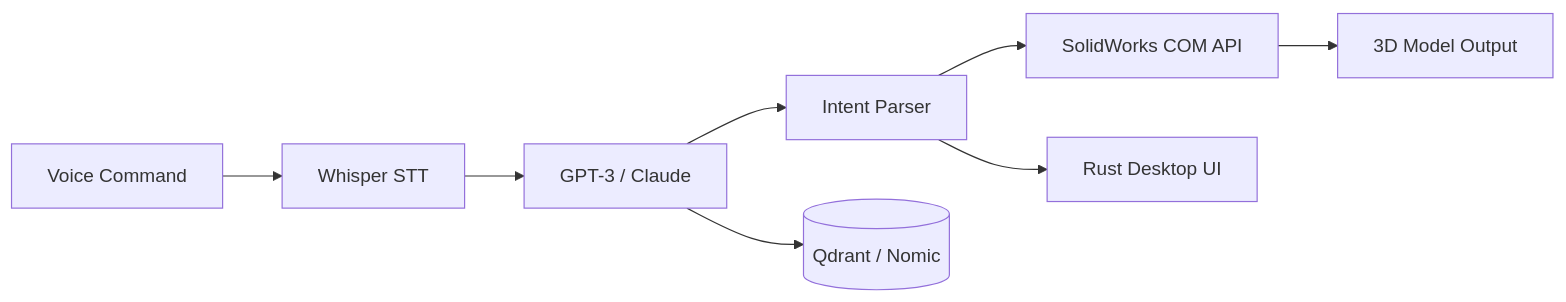
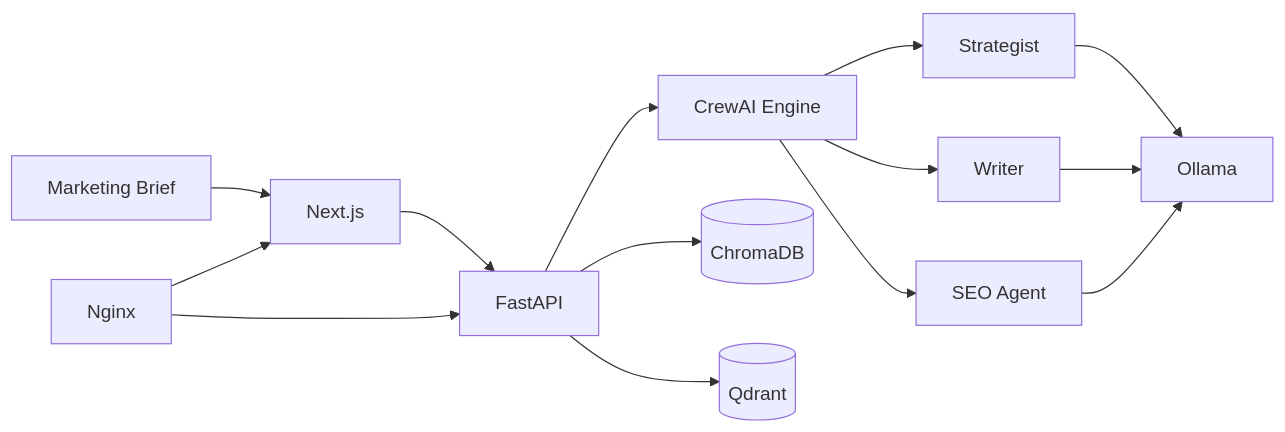
Before and after one commit to dawarazhar11/dawarazhar11: the fourth of 7 diagrams in README.md, drawn with Mermaid. The commit also changed other lines of this file, not shown here.

````diff
--- a/README.md
+++ b/README.md
@@ -242,10 +152,16 @@
 ```mermaid
 graph LR
-    A["Voice Command"] --> B["Whisper STT"]
-    B --> C["GPT-3 / Claude"]
-    C --> D["Intent Parser"]
-    D --> E["SolidWorks COM API"]
-    C --> F[("Qdrant / Nomic")]
-    E --> G["3D Model Output"]
-    D --> H["Rust Desktop UI"]
+    A["Marketing Brief"] --> B["Next.js"]
+    B --> C["FastAPI"]
+    C --> D["CrewAI Engine"]
+    D --> E["Strategist"]
+    D --> F["Writer"]
+    D --> G["SEO Agent"]
+    E --> H["Ollama"]
+    F --> H
+    G --> H
+    C --> I[("ChromaDB")]
+    C --> J[("Qdrant")]
+    L["Nginx"] --> B
+    L --> C
 ```
````
